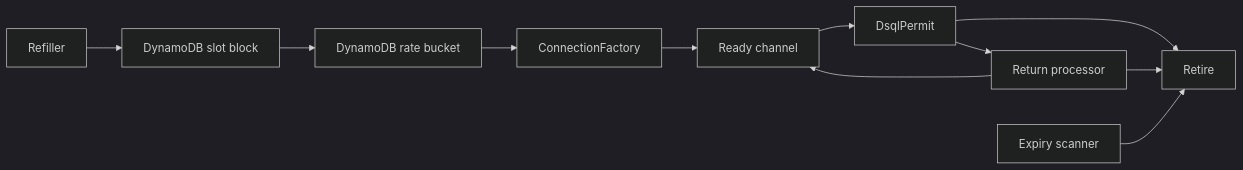
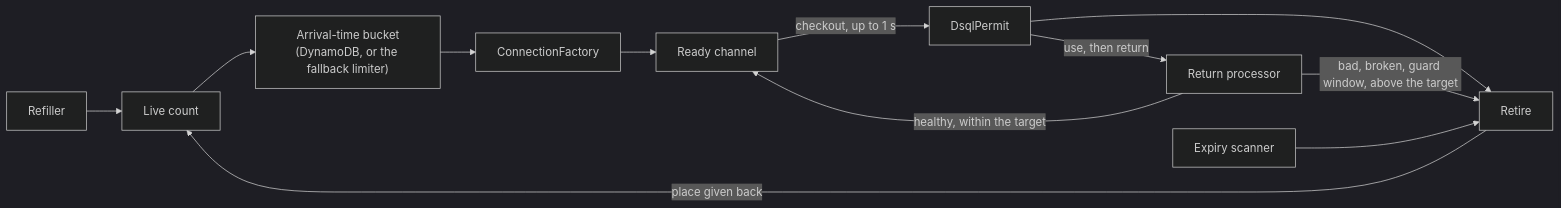
Before and after one commit to tokeira/tokeira: the diagram in docs/architecture/060-connection-management.md, drawn with Mermaid (dark theme). The commit also changed other lines of this file and 51 other files, not shown here.

````diff
--- a/docs/architecture/060-connection-management.md
+++ b/docs/architecture/060-connection-management.md
@@ -22,13 +32,14 @@
 ```mermaid
 flowchart LR
-    A["Refiller"] --> B["DynamoDB slot block"]
-    B --> C["DynamoDB rate bucket"]
+    A["Refiller"] --> B["Live count"]
+    B --> C["Arrival-time bucket<br/>(DynamoDB, or the fallback limiter)"]
     C --> D["ConnectionFactory"]
     D --> E["Ready channel"]
-    E --> F["DsqlPermit"]
-    F --> G["Return processor"]
-    G --> E
+    E -->|"checkout, up to 1 s"| F["DsqlPermit"]
+    F -->|"use, then return"| G["Return processor"]
+    G -->|"healthy, within the target"| E
     F --> H["Retire"]
-    G --> H
+    G -->|"bad, broken, guard window, above the target"| H
     I["Expiry scanner"] --> H
+    H -->|"place given back"| B
 ```
````
